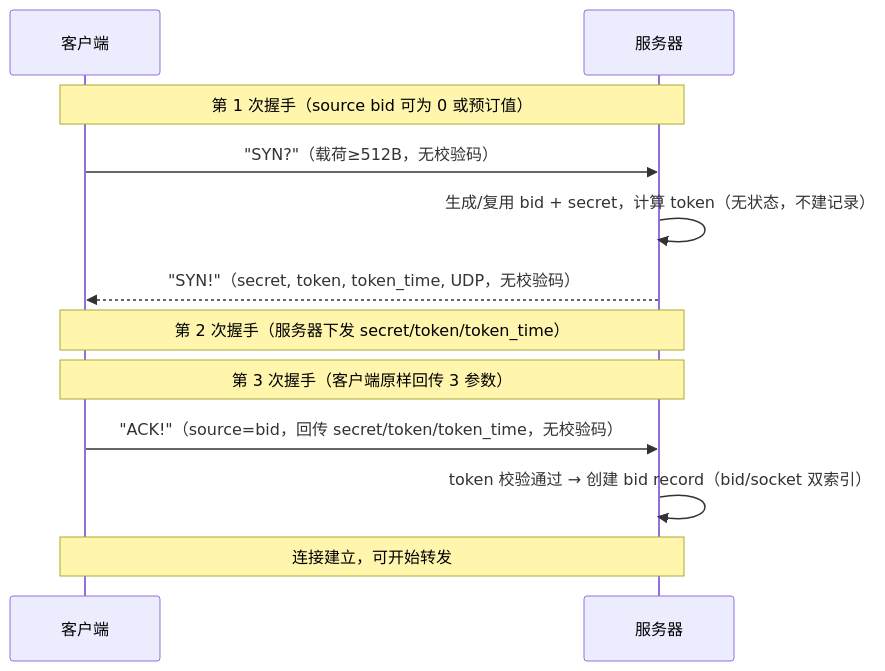
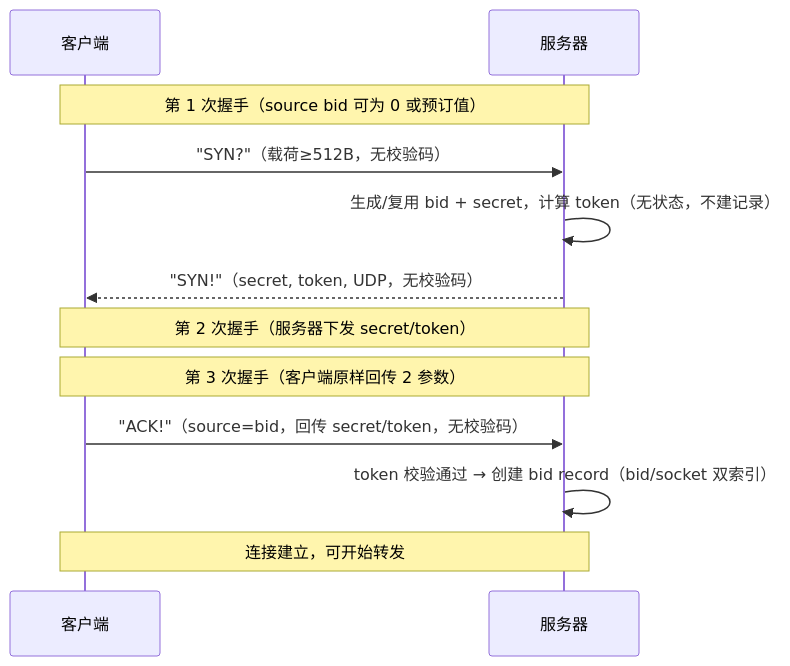
The first of 11 diagrams in docs/workflow.md (moky/magpie), drawn with Mermaid before and after one commit. The commit also changed other lines of this file and 22 other files, not shown here.

````diff
--- a/docs/workflow.md
+++ b/docs/workflow.md
@@ -22,16 +22,16 @@
 ```mermaid
 sequenceDiagram
     participant C as 客户端
     participant S as 服务器
 
     Note over C,S: 第 1 次握手（source bid 可为 0 或预订值）
     C->>S: "SYN?"（载荷≥512B，无校验码）
     S->>S: 生成/复用 bid + secret，计算 token（无状态，不建记录）
-    S-->>C: "SYN!"（secret, token, token_time, UDP，无校验码）
-    Note over C,S: 第 2 次握手（服务器下发 secret/token/token_time）
+    S-->>C: "SYN!"（secret, token, UDP，无校验码）
+    Note over C,S: 第 2 次握手（服务器下发 secret/token）
 
-    Note over C,S: 第 3 次握手（客户端原样回传 3 参数）
-    C->>S: "ACK!"（source=bid，回传 secret/token/token_time，无校验码）
+    Note over C,S: 第 3 次握手（客户端原样回传 2 参数）
+    C->>S: "ACK!"（source=bid，回传 secret/token，无校验码）
     S->>S: token 校验通过 → 创建 bid record（bid/socket 双索引）
     Note over C,S: 连接建立，可开始转发
 ```
````
